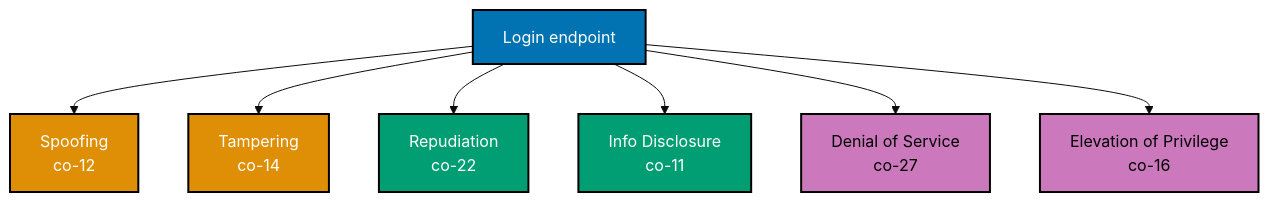
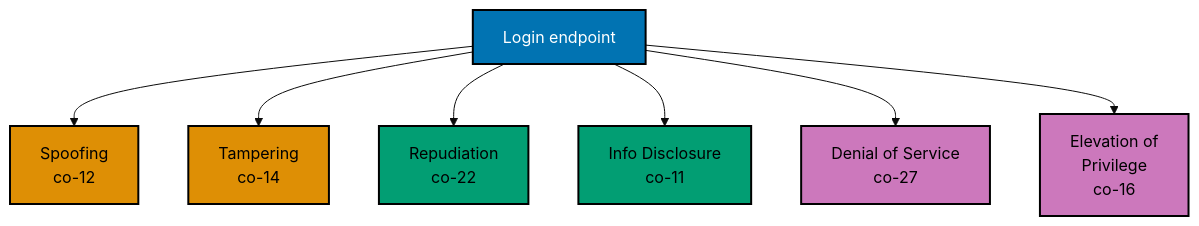
Before and after one commit to wahidyankf/ose-public: the second of 6 diagrams in apps/ayokoding-www/content/en/learn/courses/security-essentials/learning/advanced.md, drawn with Mermaid (base theme). The commit also changed other lines of this file and 145 other files, not shown here.

First line of the commit message:
fix(mermaid): bring the second half of the courses diagrams onto the accessible palette

````diff
--- a/apps/ayokoding-www/content/en/learn/courses/security-essentials/learning/advanced.md
+++ b/apps/ayokoding-www/content/en/learn/courses/security-essentials/learning/advanced.md
@@ -1325,15 +1328,18 @@
 ```mermaid
 %% Color Palette: Blue #0173B2, Orange #DE8F05, Teal #029E73, Purple #CC78BC
 graph TD
+    accTitle: Example 60: Threat-Modeling a Feature with STRIDE
+    accDescr: Graph with 7 nodes and 6 connections. Nodes: Login endpoint, Spoofing co-12, Tampering co-14, Repudiation co-22, Info Disclosure co-11, Denial of Service co-27, Elevation of Privilege co-16. Connections: Login endpoint to Spoofing co-12, Login endpoint to Tampering co-14, Login endpoint to Repudiation co-22, Login endpoint to Info Disclosure co-11, Login endpoint to Denial of Service co-27, Login endpoint to Elevation of Privilege co-16.
     F["Login endpoint"]:::blue --> S["Spoofing<br/>co-12"]:::orange
     F --> T["Tampering<br/>co-14"]:::orange
     F --> R["Repudiation<br/>co-22"]:::teal
     F --> I["Info Disclosure<br/>co-11"]:::teal
     F --> D["Denial of Service<br/>co-27"]:::purple
-    F --> E["Elevation of Privilege<br/>co-16"]:::purple
+    F --> E["Elevation of<br/>Privilege<br/>co-16"]:::purple
 
     classDef blue fill:#0173B2,stroke:#000000,color:#FFFFFF,stroke-width:2px
-    classDef orange fill:#DE8F05,stroke:#000000,color:#FFFFFF,stroke-width:2px
-    classDef teal fill:#029E73,stroke:#000000,color:#FFFFFF,stroke-width:2px
+    classDef orange fill:#DE8F05,stroke:#000000,color:#000000,stroke-width:2px
+    classDef teal fill:#029E73,stroke:#000000,color:#000000,stroke-width:2px
     classDef purple fill:#CC78BC,stroke:#000000,color:#000000,stroke-width:2px
+    classDef default fill:#FFFFFF,stroke:#000000,color:#000000
 ```
````
